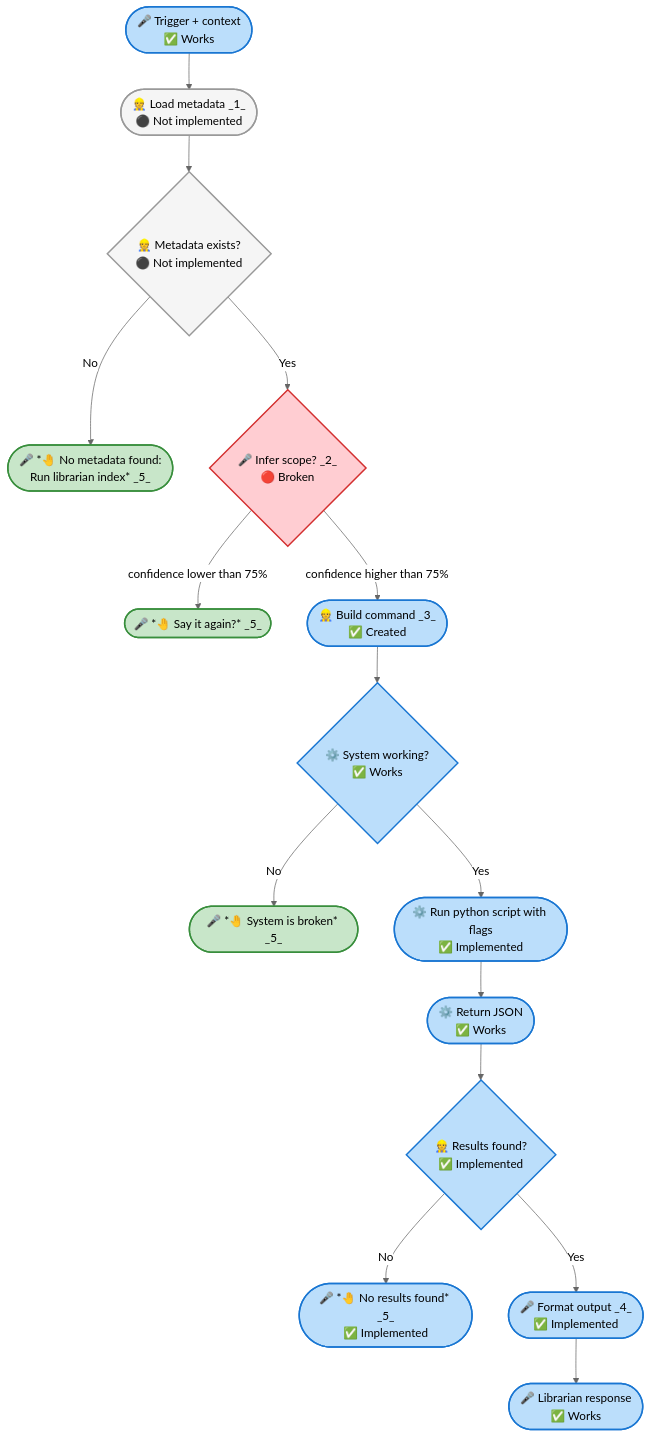
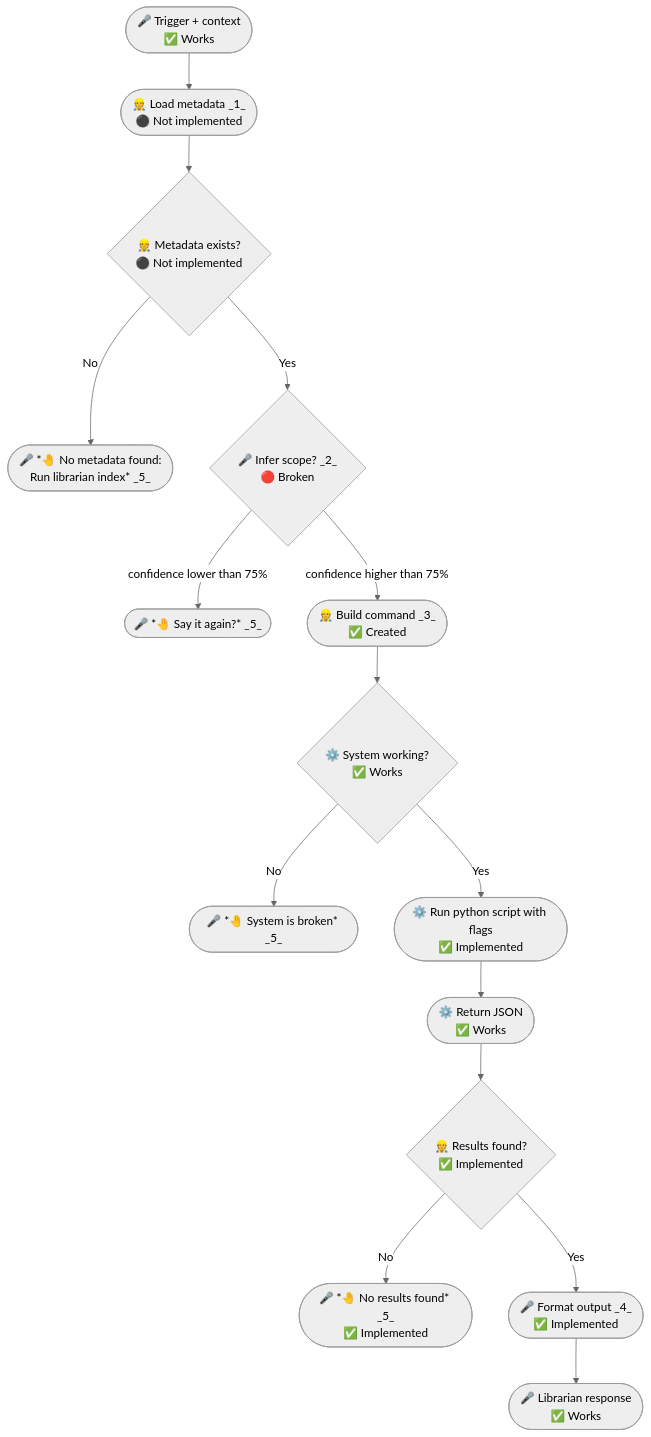
Before and after one commit to nonlinear/librarian: the first of 2 diagrams in backstage/epic-notes/v0.15.0-skill-protocol.md, drawn with Mermaid (neutral theme).

Commit message:
contract: Remove classDef from Mermaid (classes only, CSS will define later)

````diff
--- a/backstage/epic-notes/v0.15.0-skill-protocol.md
+++ b/backstage/epic-notes/v0.15.0-skill-protocol.md
@@ -3,30 +3,25 @@
 ```mermaid
 flowchart TB
     TRIGGER(["🎤 Trigger + context<br/>✅ Works"]):::developed
     TRIGGER --> METADATA(["👷 Load metadata _1_<br/>⚫ Not implemented"]):::default
     METADATA --> CHECK{"👷 Metadata exists?<br/>⚫ Not implemented"}:::default
     
     CHECK -->|No| ERROR(["🎤 *🤚 No metadata found:<br>Run librarian index* _5_"]):::approved
     CHECK -->|Yes| INFER{"🎤 Infer scope? _2_<br/>🔴 Broken"}:::blocker
     
     INFER -->|confidence lower than 75%| CLARIFY(["🎤 *🤚 Say it again?* _5_"]):::approved
     INFER -->|confidence higher than 75%| BUILD(["👷 Build command _3_<br/>✅ Created"]):::developed
     
     BUILD --> CHECK_SYSTEM{"⚙️ System working?<br/>✅ Works"}:::developed
     
     CHECK_SYSTEM -->|No| BROKEN(["🎤 *🤚 System is broken* _5_"]):::approved
     CHECK_SYSTEM -->|Yes| EXEC(["⚙️ Run python script with flags<br/>✅ Implemented"]):::developed
     
     EXEC --> JSON(["⚙️ Return JSON<br/>✅ Works"]):::developed
     JSON --> CHECK_RESULTS{"👷 Results found?<br/>✅ Implemented"}:::developed
     
     CHECK_RESULTS -->|No| EMPTY(["🎤 *🤚 No results found* _5_<br/>✅ Implemented"]):::developed
     CHECK_RESULTS -->|Yes| FORMAT(["🎤 Format output _4_<br/>✅ Implemented"]):::developed
     
     FORMAT --> RESPONSE(["🎤 Librarian response<br/>✅ Works"]):::developed
-    
-    classDef default fill:#f5f5f5,stroke:#999,stroke-width:2px
-    classDef approved fill:#C8E6C9,stroke:#388E3C,stroke-width:2px
-    classDef blocker fill:#FFCDD2,stroke:#D32F2F,stroke-width:2px
-    classDef developed fill:#BBDEFB,stroke:#1976D2,stroke-width:2px
 ```
````
